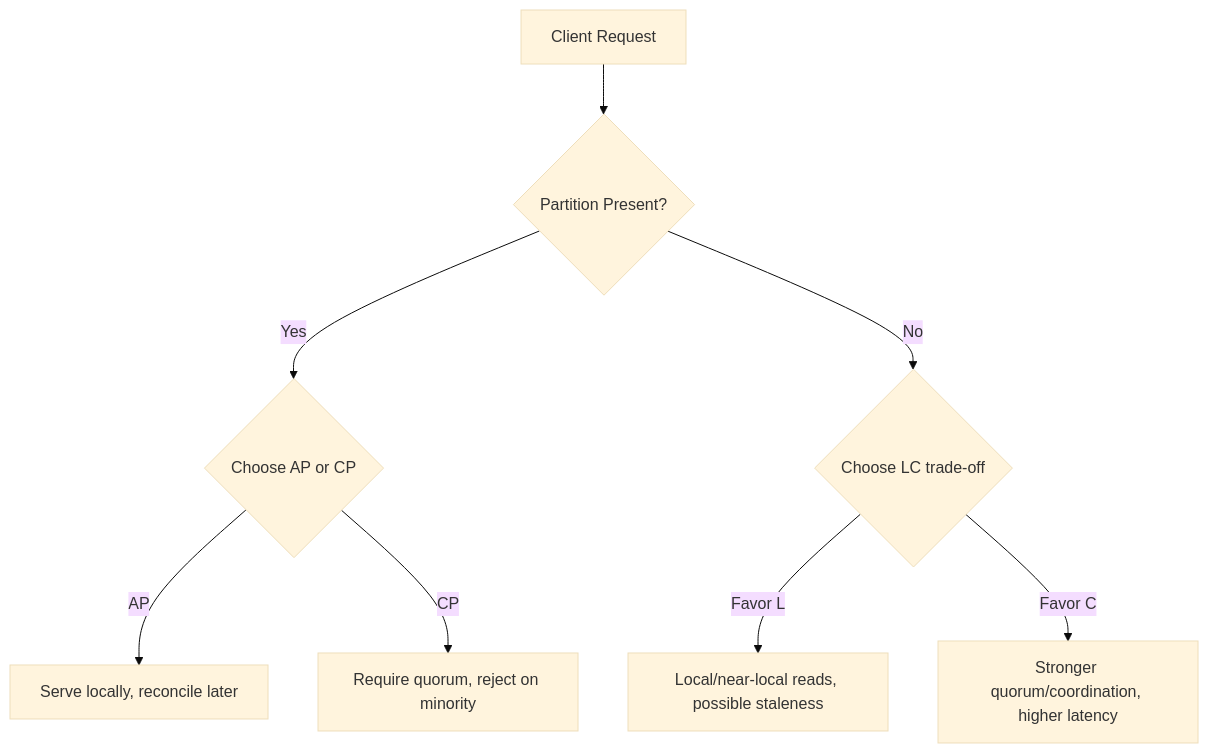
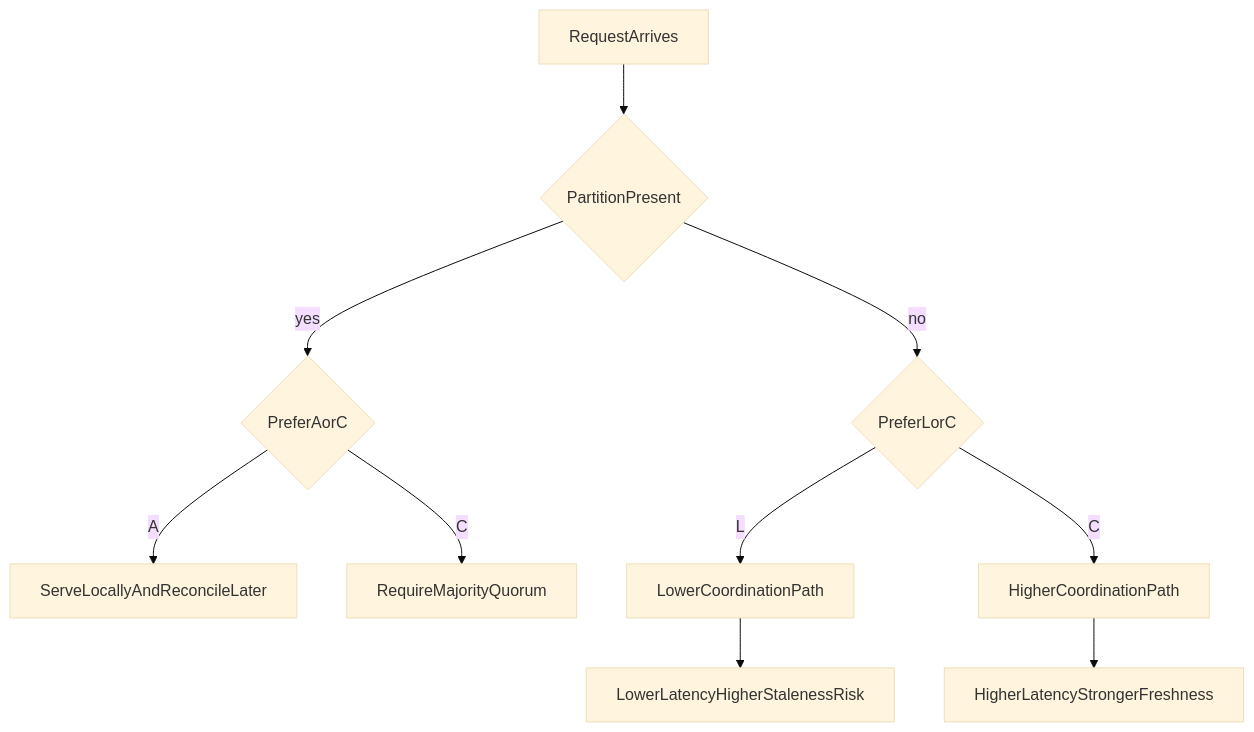
The diagram in database/database-masterclass/01-theory-and-foundations/01-cap-pacelc-theorems.md (GabrielAlmeidaFlores/Senior-Software-Architect), drawn with Mermaid (base theme) before and after one commit. The commit also changed other lines of this file and 19 other files, not shown here.

````diff
--- a/database/database-masterclass/01-theory-and-foundations/01-cap-pacelc-theorems.md
+++ b/database/database-masterclass/01-theory-and-foundations/01-cap-pacelc-theorems.md
@@ -100,10 +126,12 @@
 ```mermaid
 flowchart TD
-    A[Client Request] --> B{Partition Present?}
-    B -- Yes --> C{Choose AP or CP}
-    C -- AP --> D[Serve locally, reconcile later]
-    C -- CP --> E[Require quorum, reject on minority]
-    B -- No --> F{Choose LC trade-off}
-    F -- Favor L --> G[Local/near-local reads, possible staleness]
-    F -- Favor C --> H[Stronger quorum/coordination, higher latency]
+    request[RequestArrives] --> partitionCheck{PartitionPresent}
+    partitionCheck -- yes --> pacBranch{PreferAorC}
+    pacBranch -- A --> localServe[ServeLocallyAndReconcileLater]
+    pacBranch -- C --> quorumGate[RequireMajorityQuorum]
+    partitionCheck -- no --> elcBranch{PreferLorC}
+    elcBranch -- L --> lowCoord[LowerCoordinationPath]
+    elcBranch -- C --> highCoord[HigherCoordinationPath]
+    lowCoord --> userOutcome[LowerLatencyHigherStalenessRisk]
+    highCoord --> userOutcome2[HigherLatencyStrongerFreshness]
 ```
````
